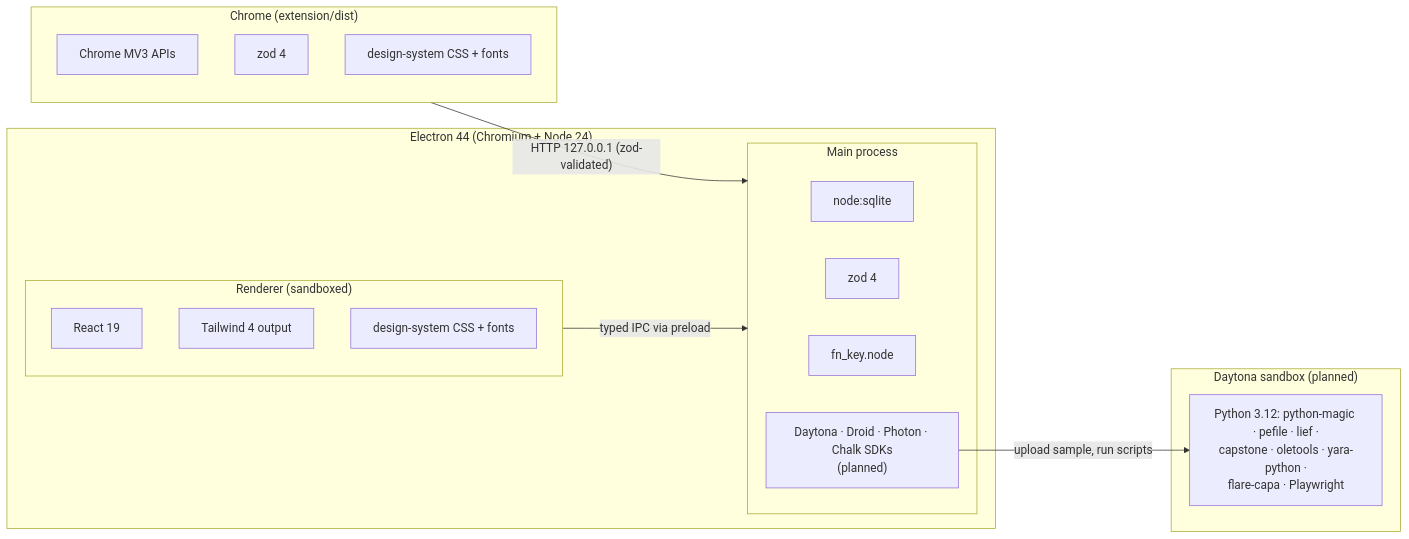
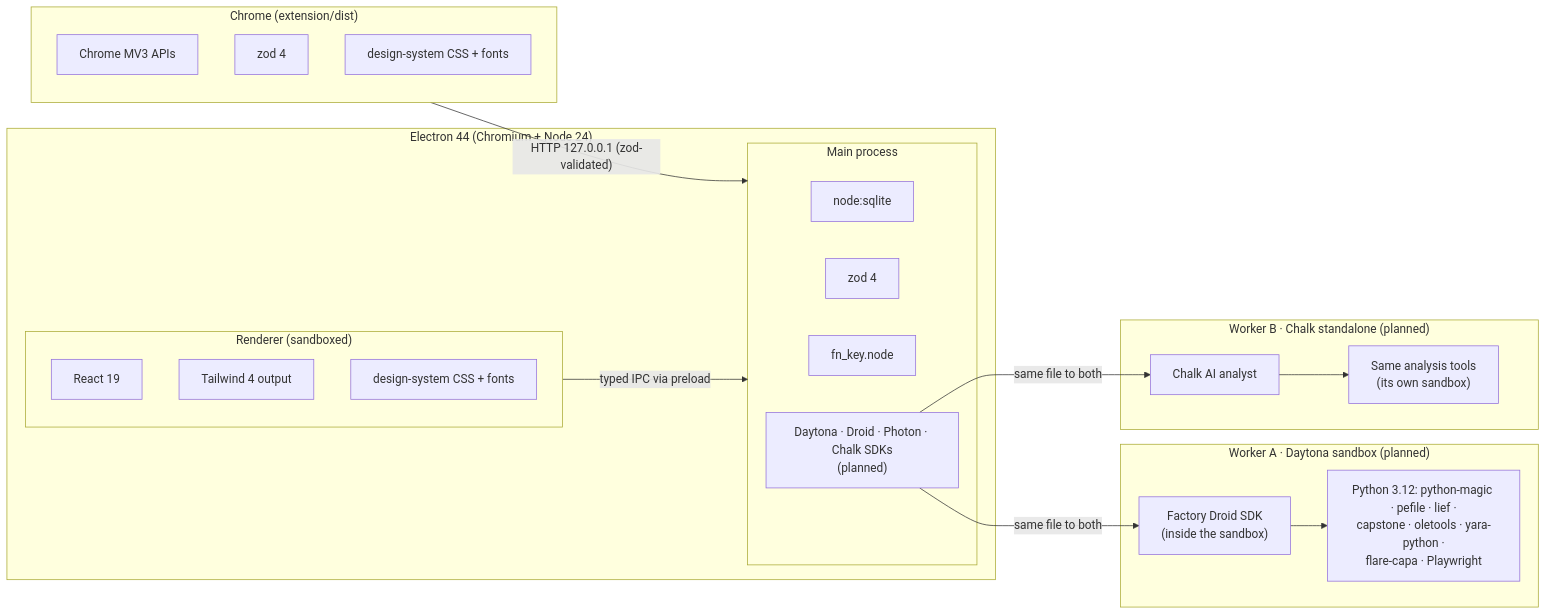
Before and after one commit to evandong1976/Aegis: the fifth of 8 diagrams in docs/architectural.md, drawn with Mermaid. The commit also changed other lines of this file and 3 other files, not shown here.

First line of the commit message:
docs: two analysis workers (Daytona + Droid, Chalk standalone), compared

````diff
--- a/docs/architectural.md
+++ b/docs/architectural.md
@@ -313,27 +415,35 @@
 ```mermaid
 flowchart LR
   subgraph Chrome["Chrome (extension/dist)"]
     CAPI["Chrome MV3 APIs"]
     ZE["zod 4"]
     DSE["design-system CSS + fonts"]
   end
   subgraph Electron["Electron 44 (Chromium + Node 24)"]
     subgraph Main["Main process"]
       SQL["node:sqlite"]
       ZM["zod 4"]
       FNK["fn_key.node"]
       SDKS["Daytona · Droid · Photon · Chalk SDKs<br/>(planned)"]
     end
     subgraph Renderer["Renderer (sandboxed)"]
       REACT["React 19"]
       TW["Tailwind 4 output"]
       DSR["design-system CSS + fonts"]
     end
   end
-  subgraph Sandbox["Daytona sandbox (planned)"]
+  subgraph WA["Worker A · Daytona sandbox (planned)"]
+    DR["Factory Droid SDK<br/>(inside the sandbox)"]
     PY["Python 3.12: python-magic · pefile · lief ·<br/>capstone · oletools · yara-python ·<br/>flare-capa · Playwright"]
+  end
+  subgraph WB["Worker B · Chalk standalone (planned)"]
+    CH["Chalk AI analyst"]
+    PYB["Same analysis tools<br/>(its own sandbox)"]
   end
   Chrome -->|"HTTP 127.0.0.1 (zod-validated)"| Main
   Renderer -->|"typed IPC via preload"| Main
-  SDKS -->|"upload sample, run scripts"| PY
+  SDKS -->|"same file to both"| DR
+  SDKS -->|"same file to both"| CH
+  DR --> PY
+  CH --> PYB
 ```
````
